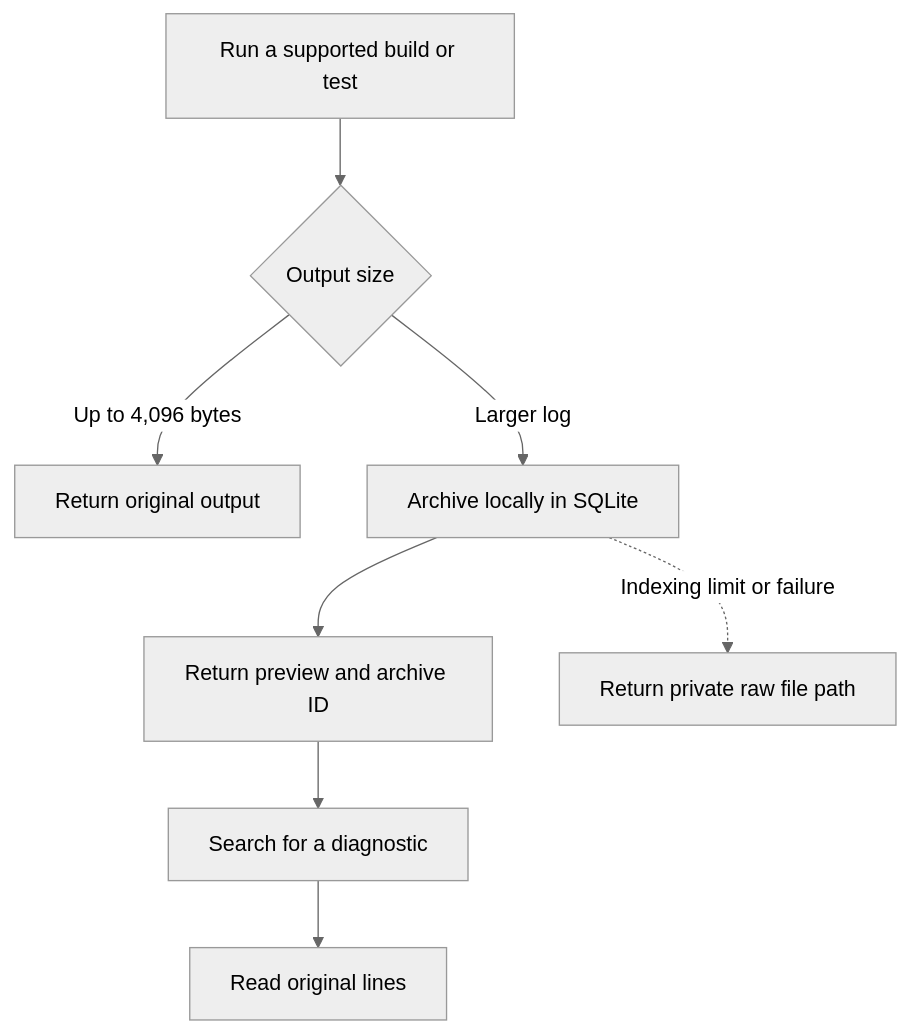
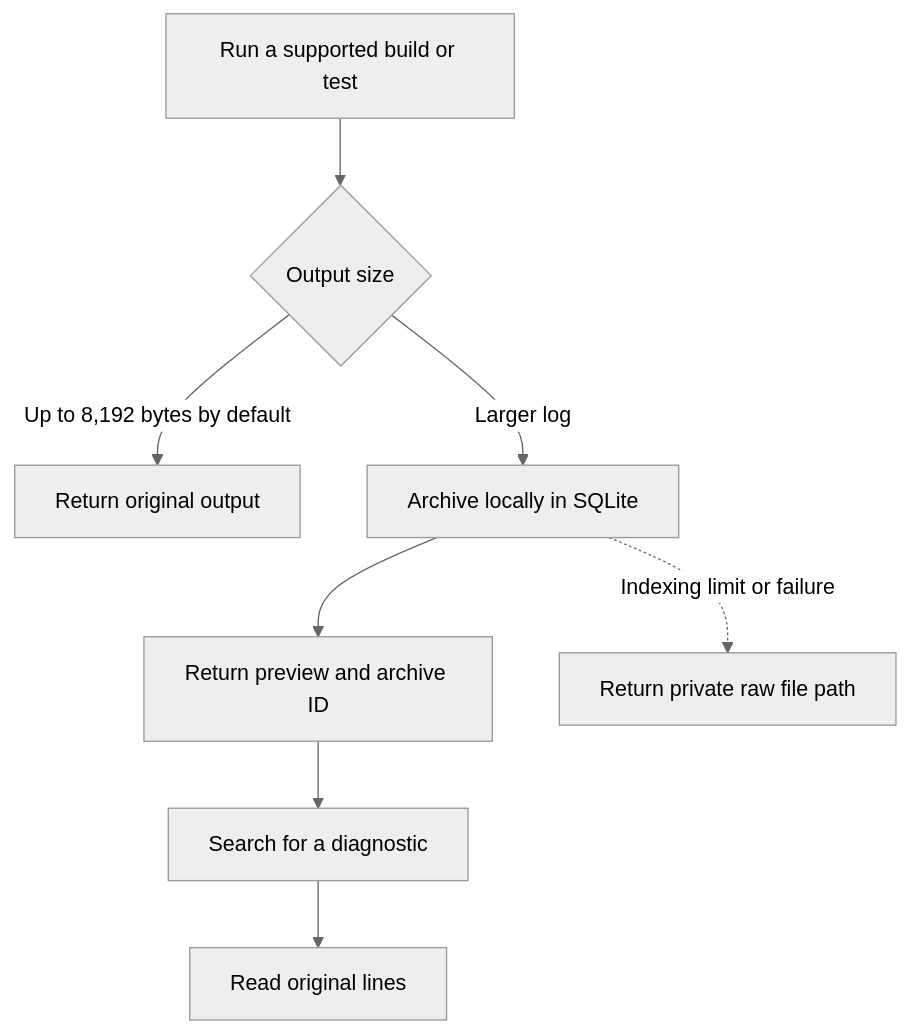
Before and after one commit to nsicilia/contactsheet: the diagram in README.md, drawn with Mermaid (neutral theme). The commit also changed other lines of this file and 6 other files, not shown here.

````diff
--- a/README.md
+++ b/README.md
@@ -97,10 +97,10 @@
 ```mermaid
 flowchart TD
     A["Run a supported build or test"] --> B{"Output size"}
-    B -->|"Up to 4,096 bytes"| C["Return original output"]
+    B -->|"Up to 8,192 bytes by default"| C["Return original output"]
     B -->|"Larger log"| D["Archive locally in SQLite"]
     D --> E["Return preview and archive ID"]
     E --> F["Search for a diagnostic"]
     F --> G["Read original lines"]
     D -. "Indexing limit or failure" .-> H["Return private raw file path"]
 ```
````
